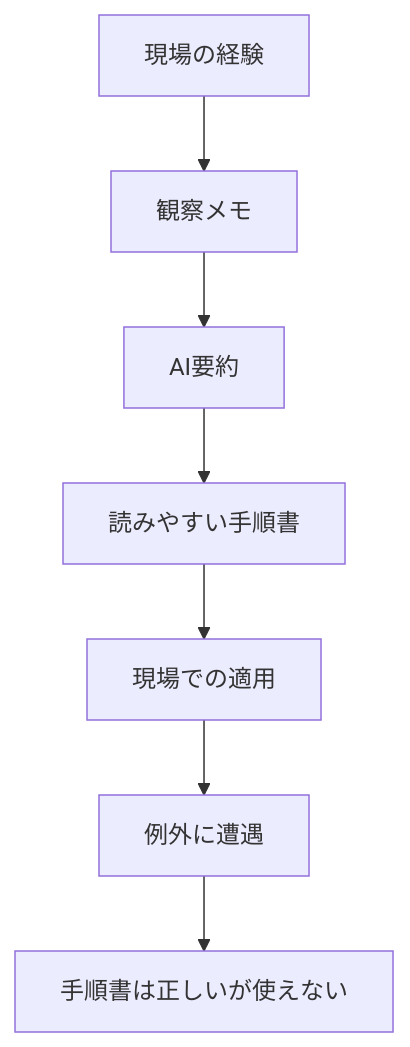
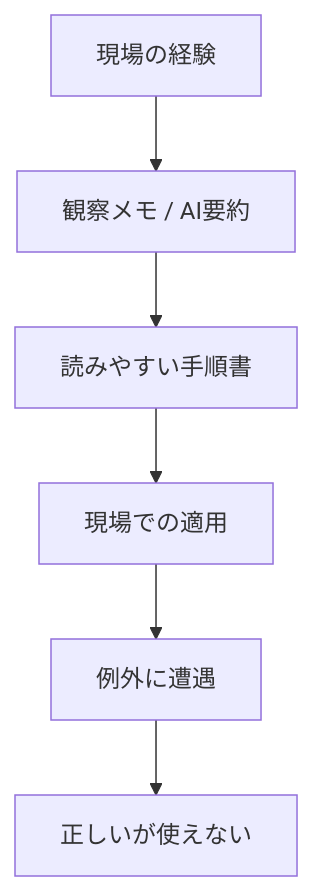
Before and after one commit to daylight55/research: the second of 2 diagrams in src/content/blog/tacit-knowledge-ai-summarization.mdx, drawn with Mermaid. The commit also changed other lines of this file and 20 other files, not shown here.

Commit message:
Mermaid図の表示サイズを調整

````diff
--- a/src/content/blog/tacit-knowledge-ai-summarization.mdx
+++ b/src/content/blog/tacit-knowledge-ai-summarization.mdx
@@ -99,9 +96,8 @@
 ```mermaid
 flowchart TB
-  A["現場の経験"] --> B["観察メモ"]
-  B --> C["AI要約"]
-  C --> D["読みやすい手順書"]
-  D --> E["現場での適用"]
-  E --> F["例外に遭遇"]
-  F --> G["手順書は正しいが使えない"]
+  A["現場の経験"] --> B["観察メモ / AI要約"]
+  B --> C["読みやすい手順書"]
+  C --> D["現場での適用"]
+  D --> E["例外に遭遇"]
+  E --> F["正しいが使えない"]
 ```
````
